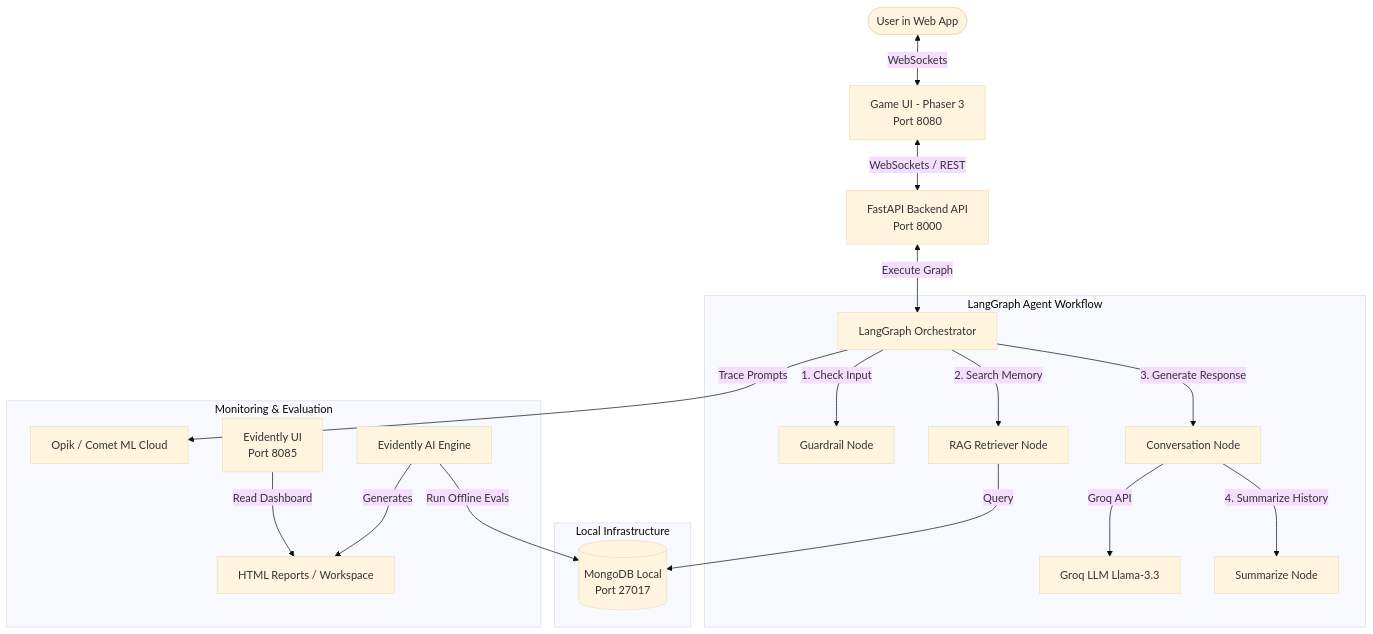
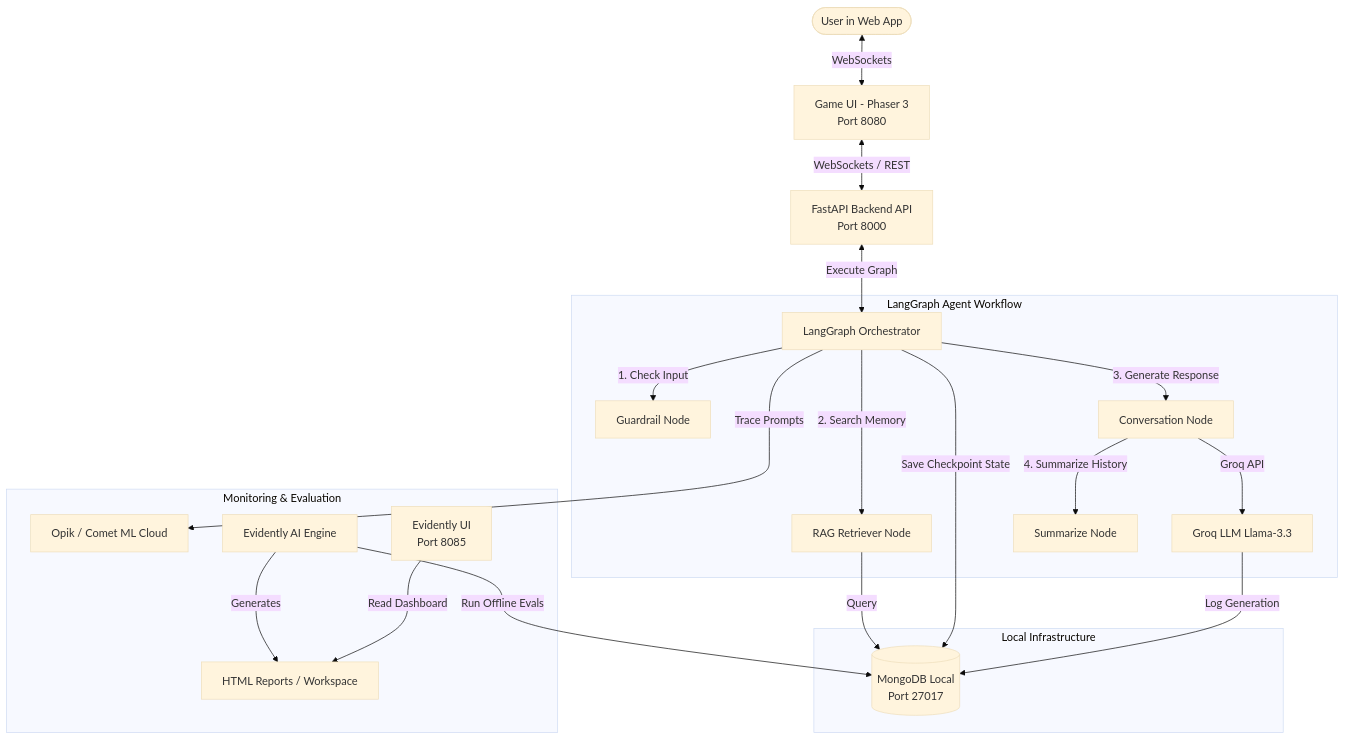
Before and after one commit to apra05/Philoagents: the first of 3 diagrams in README.md, drawn with Mermaid (base theme).

Commit message:
Fix mermaid subgraph syntax and connect LLM to DB

````diff
--- a/README.md
+++ b/README.md
@@ -44,39 +44,41 @@
 ```mermaid
 graph TD
     User([User in Web App]) <-->|"WebSockets"| UI["Game UI - Phaser 3<br>Port 8080"]
     UI <-->|"WebSockets / REST"| API["FastAPI Backend API<br>Port 8000"]
     
-    subgraph Agentic System [LangGraph Agent Workflow]
+    subgraph AgenticSystem [LangGraph Agent Workflow]
         LG[LangGraph Orchestrator]
         Guard[Guardrail Node]
         Retrieve[RAG Retriever Node]
         Conv[Conversation Node]
         Groq[Groq LLM Llama-3.3]
         SumNode[Summarize Node]
         
         LG -->|"1. Check Input"| Guard
         LG -->|"2. Search Memory"| Retrieve
         LG -->|"3. Generate Response"| Conv
         Conv -->|"Groq API"| Groq
         Conv -->|"4. Summarize History"| SumNode
     end
 
     subgraph Storage [Local Infrastructure]
         DB[("MongoDB Local<br>Port 27017")]
     end
 
     subgraph LLMOps [Monitoring & Evaluation]
         Opik[Opik / Comet ML Cloud]
         Eval[Evidently AI Engine]
         HTML["HTML Reports / Workspace"]
         EvidUI["Evidently UI<br>Port 8085"]
         
         Eval -->|"Generates"| HTML
         EvidUI -->|"Read Dashboard"| HTML
     end
 
     API <-->|"Execute Graph"| LG
     Retrieve -->|"Query"| DB
     LG -->|"Trace Prompts"| Opik
     Eval -->|"Run Offline Evals"| DB
+    LG -->|"Save Checkpoint State"| DB
+    Groq -->|"Log Generation"| DB
 ```
````
